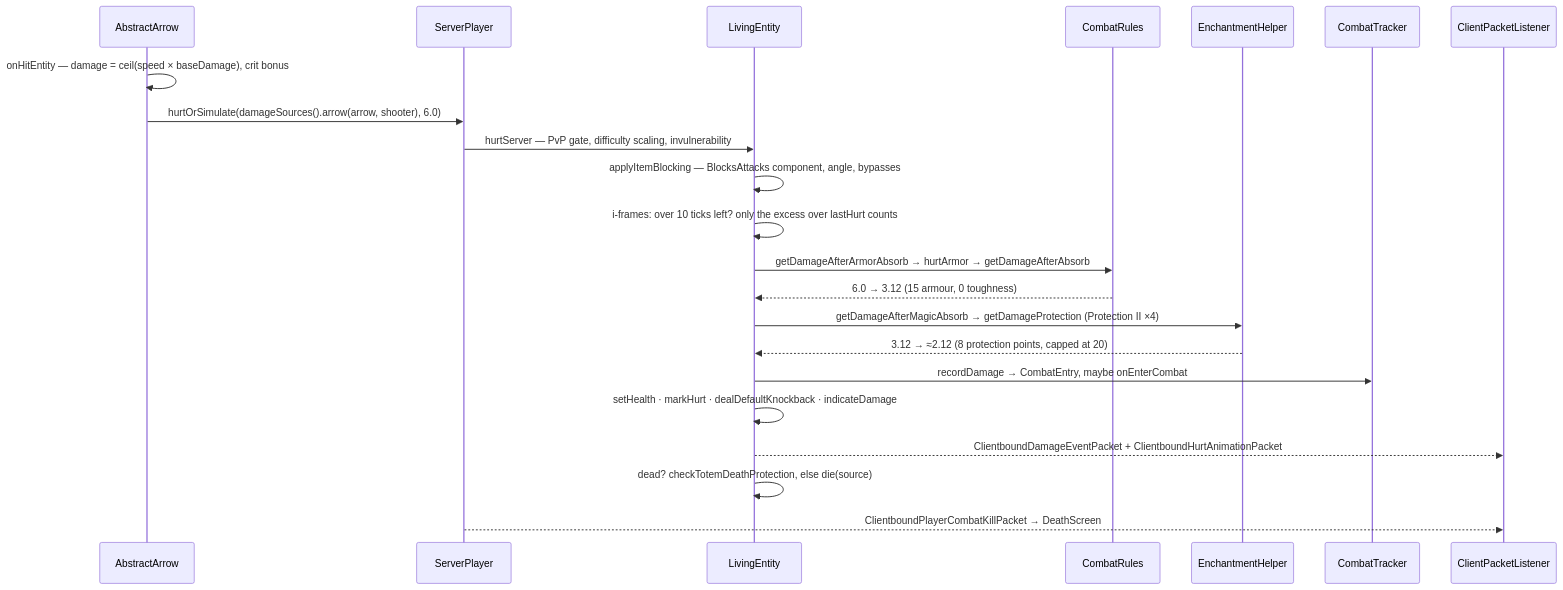
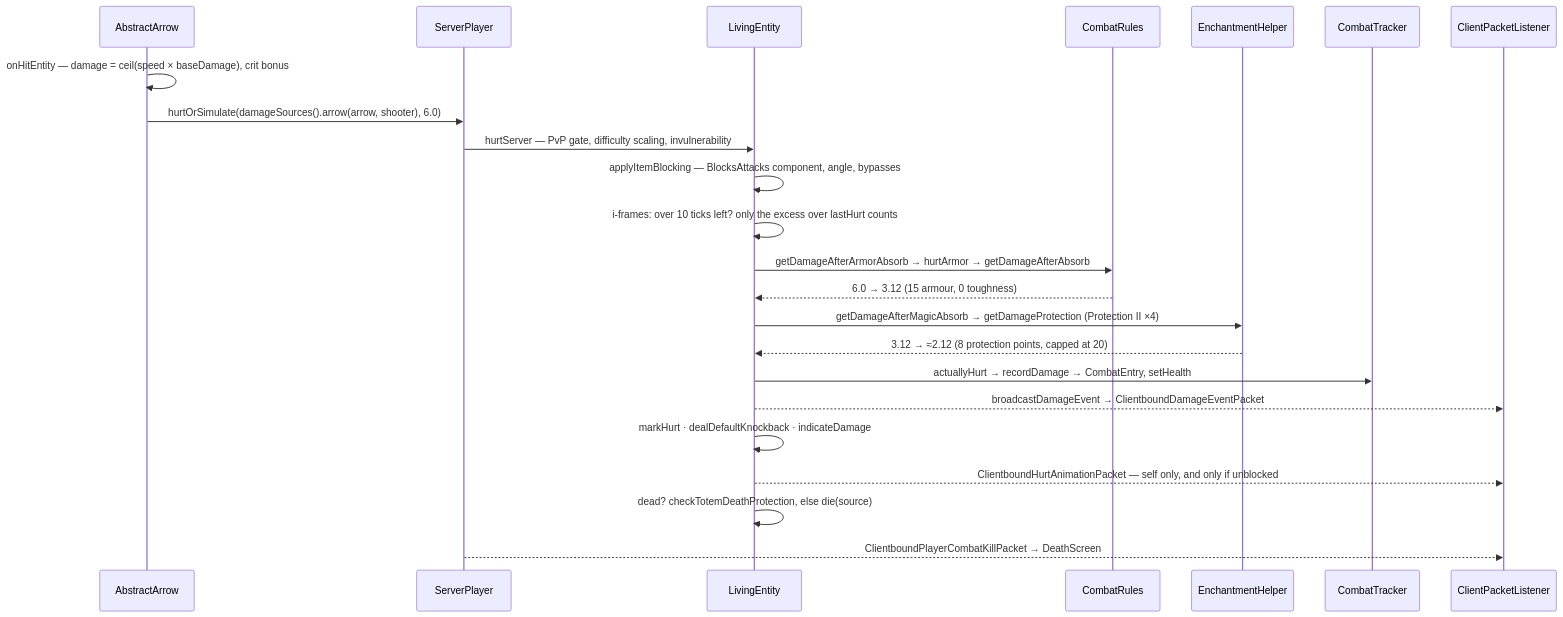
The diagram in src/systems/entities/damage-and-death.md (AlexanderjFraser/MinecraftDocs), drawn with Mermaid before and after one commit. The commit also changed other lines of this file and 11 other files, not shown here.

````diff
--- a/src/systems/entities/damage-and-death.md
+++ b/src/systems/entities/damage-and-death.md
@@ -89,25 +112,26 @@
 ```mermaid
 sequenceDiagram
     participant AA as AbstractArrow
     participant SP as ServerPlayer
     participant LE as LivingEntity
     participant CR as CombatRules
     participant EH as EnchantmentHelper
     participant CT as CombatTracker
     participant CL as ClientPacketListener
 
     AA->>AA: onHitEntity — damage = ceil(speed × baseDamage), crit bonus
     AA->>SP: hurtOrSimulate(damageSources().arrow(arrow, shooter), 6.0)
     SP->>LE: hurtServer — PvP gate, difficulty scaling, invulnerability
     LE->>LE: applyItemBlocking — BlocksAttacks component, angle, bypasses
     LE->>LE: i-frames: over 10 ticks left? only the excess over lastHurt counts
     LE->>CR: getDamageAfterArmorAbsorb → hurtArmor → getDamageAfterAbsorb
     CR-->>LE: 6.0 → 3.12 (15 armour, 0 toughness)
     LE->>EH: getDamageAfterMagicAbsorb → getDamageProtection (Protection II ×4)
     EH-->>LE: 3.12 → ≈2.12 (8 protection points, capped at 20)
-    LE->>CT: recordDamage → CombatEntry, maybe onEnterCombat
-    LE->>LE: setHealth · markHurt · dealDefaultKnockback · indicateDamage
-    LE-->>CL: ClientboundDamageEventPacket + ClientboundHurtAnimationPacket
+    LE->>CT: actuallyHurt → recordDamage → CombatEntry, setHealth
+    LE-->>CL: broadcastDamageEvent → ClientboundDamageEventPacket
+    LE->>LE: markHurt · dealDefaultKnockback · indicateDamage
+    LE-->>CL: ClientboundHurtAnimationPacket — self only, and only if unblocked
     LE->>LE: dead? checkTotemDeathProtection, else die(source)
     SP-->>CL: ClientboundPlayerCombatKillPacket → DeathScreen
 ```
````
